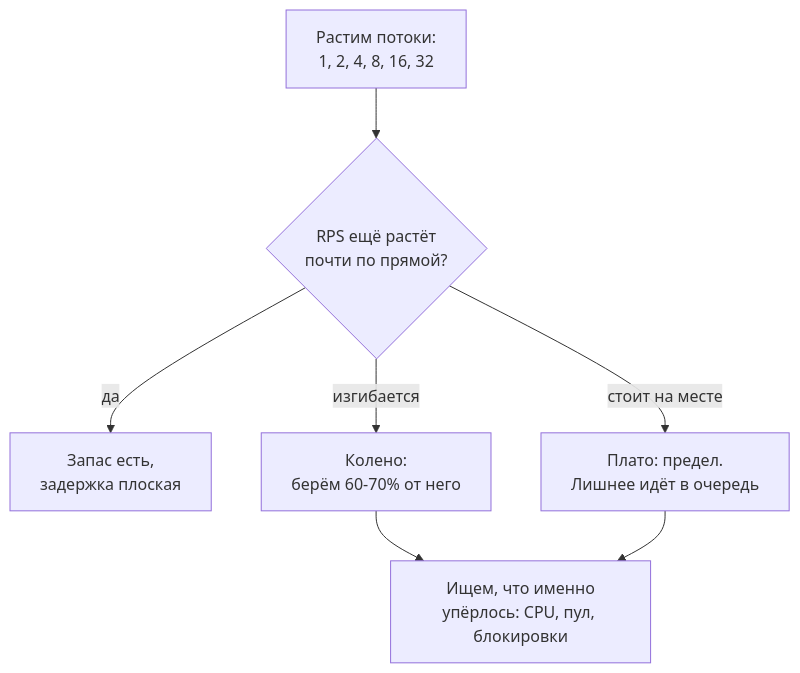
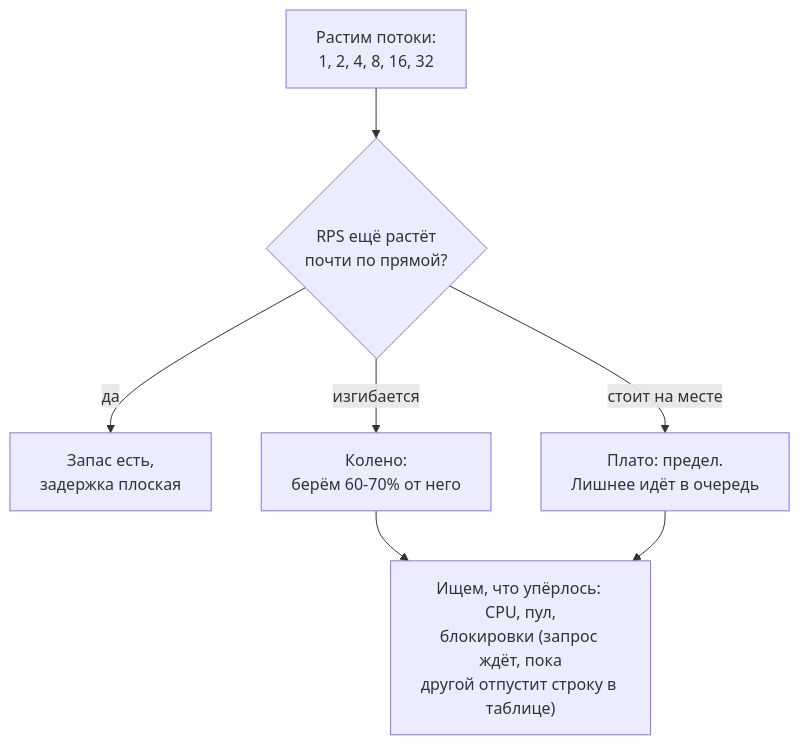
Before and after one commit to distinguished-sre/learning: the second of 3 diagrams in load-tester/08-perf-theory/02-queues-littles-law.md, drawn with Mermaid. The commit also changed other lines of this file and 462 other files, not shown here.

````diff
--- a/load-tester/08-perf-theory/02-queues-littles-law.md
+++ b/load-tester/08-perf-theory/02-queues-littles-law.md
@@ -183,9 +178,9 @@
 ```mermaid
 flowchart TD
     A["Растим потоки:<br/>1, 2, 4, 8, 16, 32"] --> B{"RPS ещё растёт<br/>почти по прямой?"}
     B -- "да" --> C["Запас есть,<br/>задержка плоская"]
     B -- "изгибается" --> D["Колено:<br/>берём 60-70% от него"]
     B -- "стоит на месте" --> E["Плато: предел.<br/>Лишнее идёт в очередь"]
-    D --> F["Ищем, что именно<br/>упёрлось: CPU, пул, блокировки"]
+    D --> F["Ищем, что упёрлось: CPU, пул,<br/>блокировки (запрос ждёт, пока<br/>другой отпустит строку в таблице)"]
     E --> F
 ```
````
